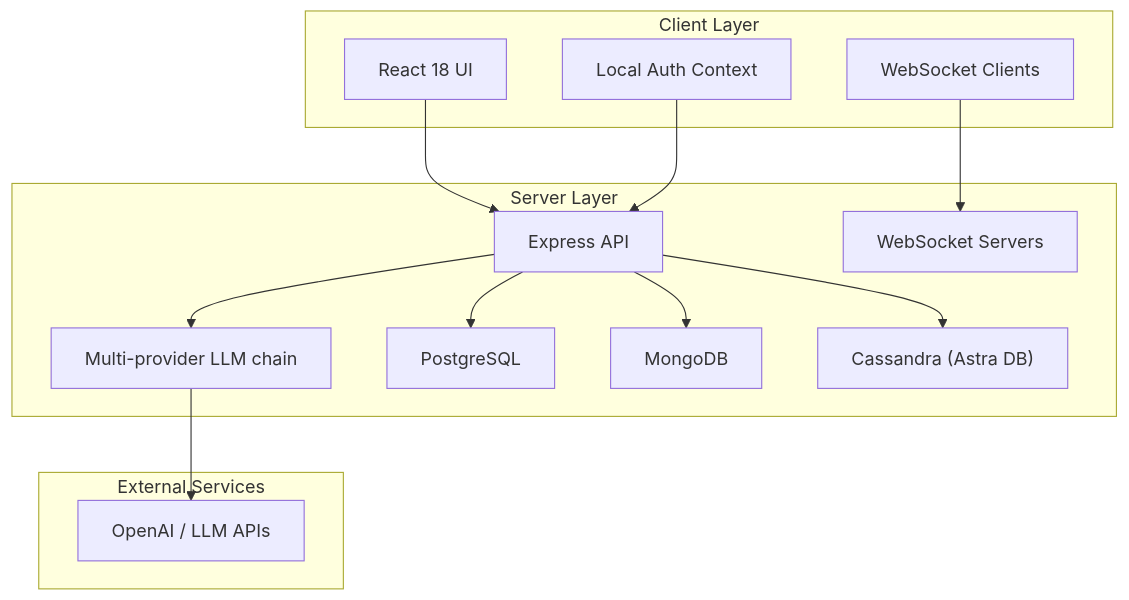
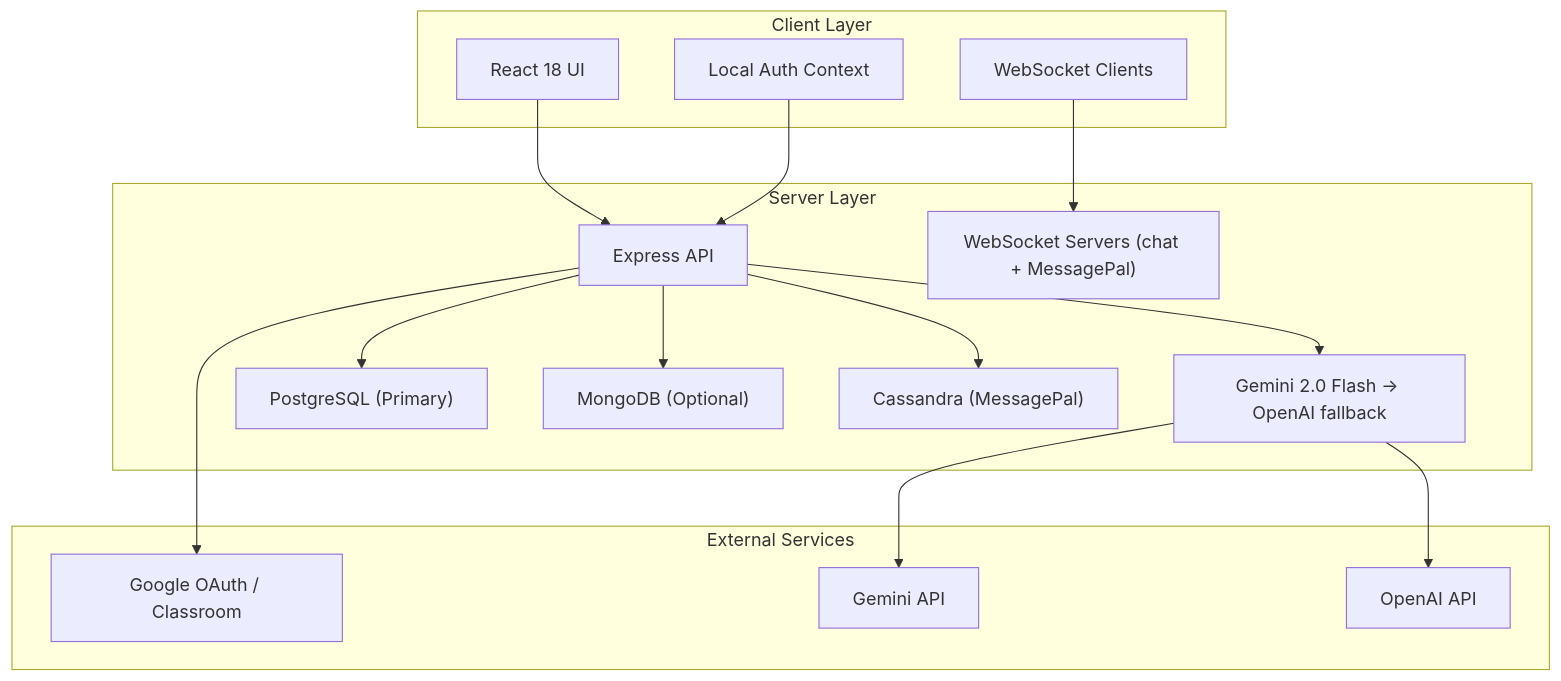
Before and after one commit to nitishssh/Class-mode: the second of 5 diagrams in docs/code-wiki/content/Project Overview.md, drawn with Mermaid. The commit also changed other lines of this file and 18 other files, not shown here.

````diff
--- a/docs/code-wiki/content/Project Overview.md
+++ b/docs/code-wiki/content/Project Overview.md
@@ -124,27 +106,31 @@
 ```mermaid
 graph TB
 subgraph "Client Layer"
 UI["React 18 UI"]
 Auth["Local Auth Context"]
 WS["WebSocket Clients"]
 end
 subgraph "Server Layer"
 API["Express API"]
-WS_Server["WebSocket Servers"]
-LLM["Multi-provider LLM chain"]
-PG["PostgreSQL"]
-Mongo["MongoDB"]
-Cassandra["Cassandra (Astra DB)"]
+WS_Server["WebSocket Servers (chat + MessagePal)"]
+LLM["Gemini 2.0 Flash → OpenAI fallback"]
+PG["PostgreSQL (Primary)"]
+Mongo["MongoDB (Optional)"]
+Cassandra["Cassandra (MessagePal)"]
 end
 subgraph "External Services"
-OpenAIService["OpenAI / LLM APIs"]
+Google["Google OAuth / Classroom"]
+GeminiAPI["Gemini API"]
+OpenAIService["OpenAI API"]
 end
 UI --> API
 Auth --> API
 WS --> WS_Server
 API --> LLM
 API --> PG
 API --> Mongo
 API --> Cassandra
+API --> Google
+LLM --> GeminiAPI
 LLM --> OpenAIService
 ```
````
